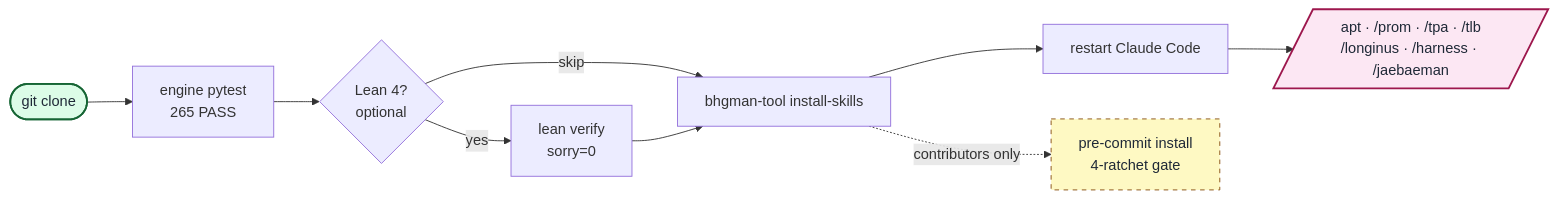
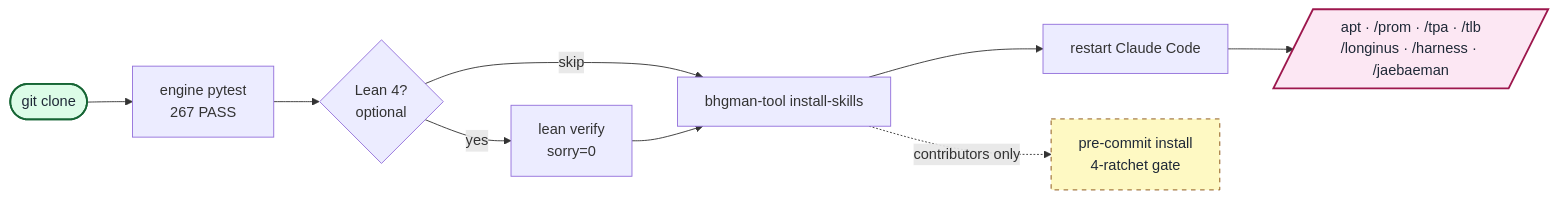
Before and after one commit to gj3447/bhgman_tool: the diagram in README.md, drawn with Mermaid. The commit also changed other lines of this file and 4 other files, not shown here.

````diff
--- a/README.md
+++ b/README.md
@@ -88,18 +88,18 @@
 ```mermaid
 flowchart LR
-    A([git clone]) --> B[engine pytest<br/>265 PASS]
+    A([git clone]) --> B[engine pytest<br/>267 PASS]
     B --> C{Lean 4?<br/>optional}
     C -- yes --> D[lean verify<br/>sorry=0]
     C -- skip --> E[bhgman-tool install-skills]
     D --> E
     E --> F[restart Claude Code]
     F --> G[/apt · /prom · /tpa · /tlb<br/>/longinus · /harness · /jaebaeman/]
     E -. contributors only .-> H[pre-commit install<br/>4-ratchet gate]
 
     classDef startNode fill:#dcfce7,stroke:#166534,stroke-width:2px,color:#1f2937
     classDef endNode fill:#fce7f3,stroke:#9d174d,stroke-width:2px,color:#1f2937
     classDef optNode fill:#fef9c3,stroke:#854d0e,stroke-width:1px,stroke-dasharray:5 5,color:#1f2937
     class A startNode
     class G endNode
     class H optNode
 ```
````
